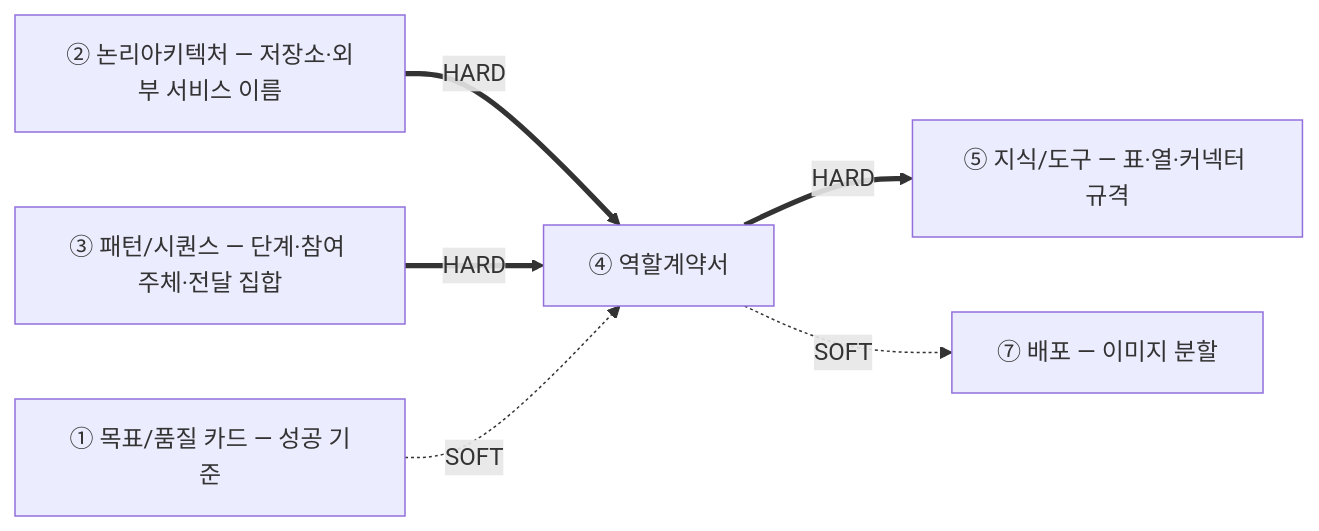
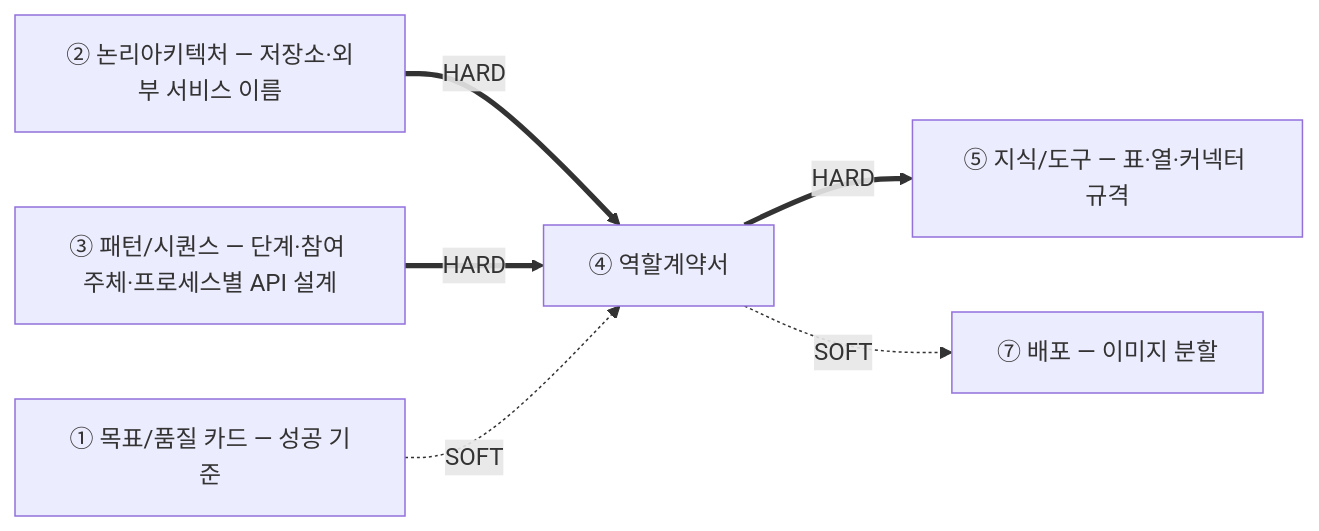
Before and after one commit to unicorn-campus/unicorn-skills: the first of 2 diagrams in design-architecture/guides/04-역할계약서-가이드.md, drawn with Mermaid. The commit also changed other lines of this file and 6 other files, not shown here.

````diff
--- a/design-architecture/guides/04-역할계약서-가이드.md
+++ b/design-architecture/guides/04-역할계약서-가이드.md
@@ -21,8 +21,8 @@
 ```mermaid
 graph LR
   B["② 논리아키텍처 — 저장소·외부 서비스 이름"] ==>|HARD| C
-  D["③ 패턴/시퀀스 — 단계·참여 주체·전달 집합"] ==>|HARD| C
+  D["③ 패턴/시퀀스 — 단계·참여 주체·프로세스별 API 설계"] ==>|HARD| C
   A["① 목표/품질 카드 — 성공 기준"] -.SOFT.-> C
   C["④ 역할계약서"] ==>|HARD| E["⑤ 지식/도구 — 표·열·커넥터 규격"]
   C -.SOFT.-> G["⑦ 배포 — 이미지 분할"]
 ```
````
